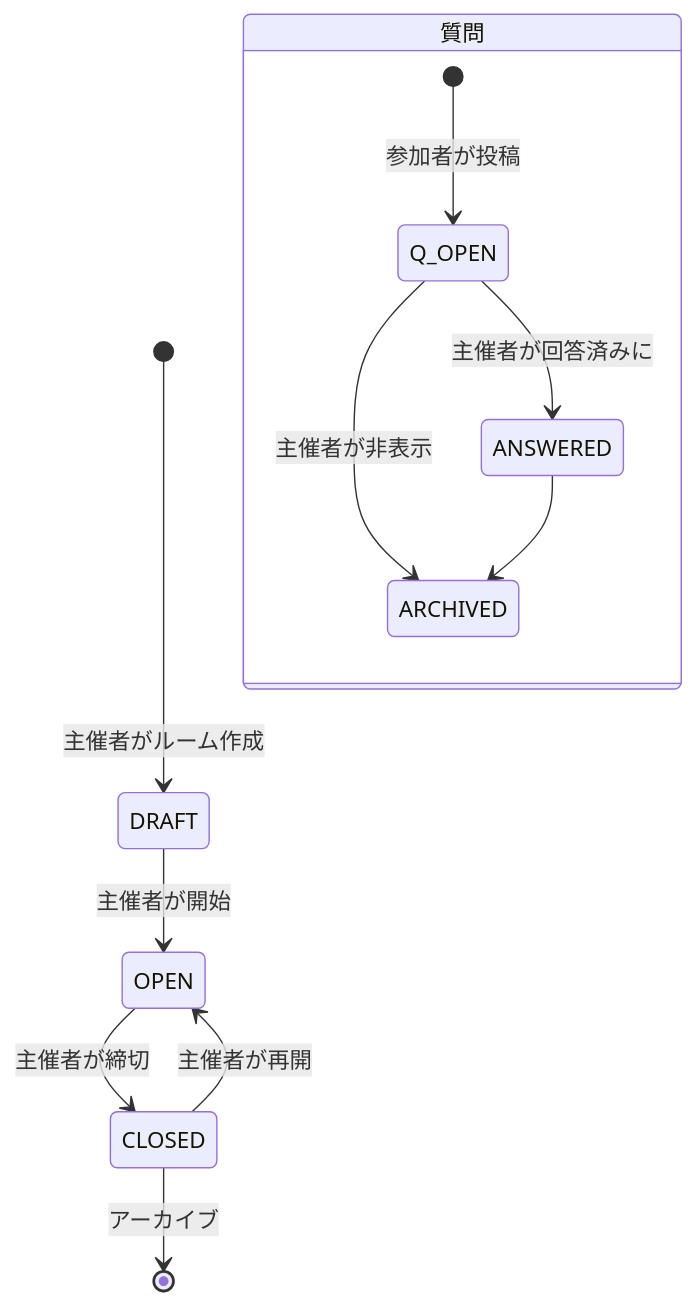
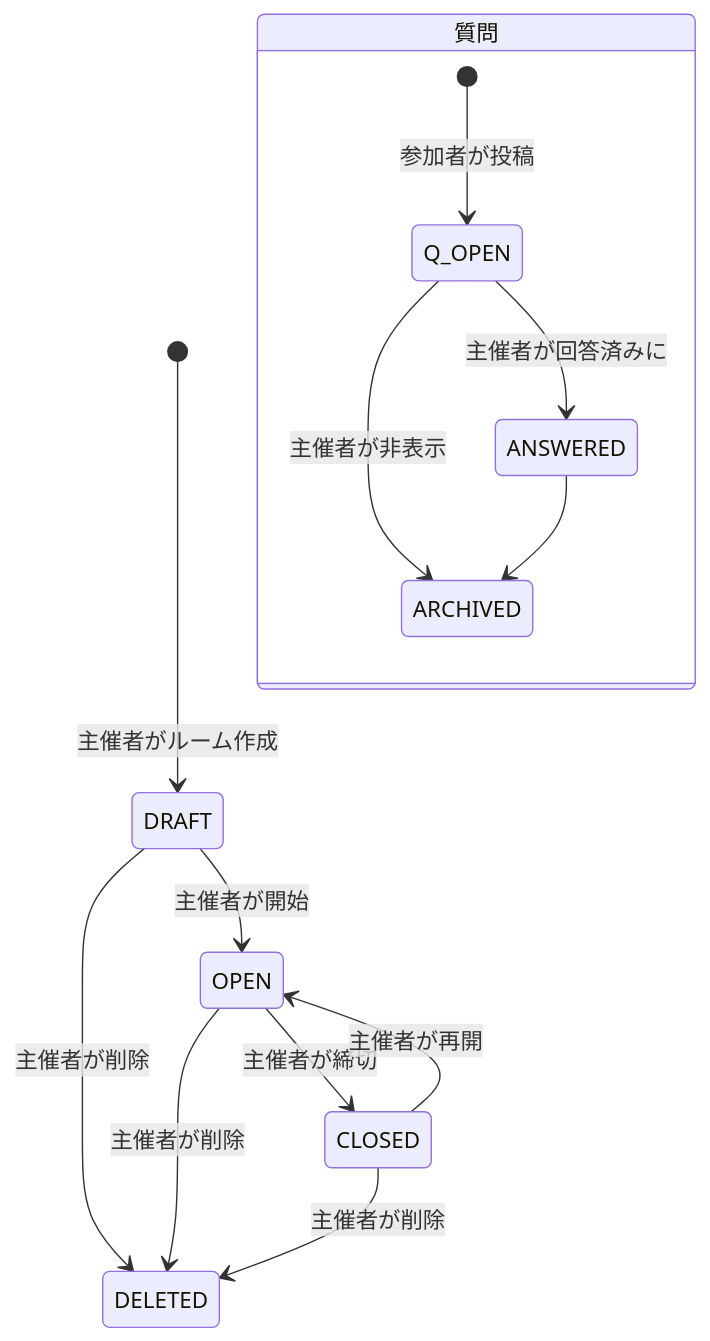
The diagram in docs/design/service-spec.md (muscat2356/LiveQA-app), drawn with Mermaid before and after one commit. The commit also changed other lines of this file and 12 other files, not shown here.

````diff
--- a/docs/design/service-spec.md
+++ b/docs/design/service-spec.md
@@ -38,15 +38,17 @@
 ```mermaid
 stateDiagram-v2
     [*] --> DRAFT: 主催者がルーム作成
     DRAFT --> OPEN: 主催者が開始
     OPEN --> CLOSED: 主催者が締切
     CLOSED --> OPEN: 主催者が再開
-    CLOSED --> [*]: アーカイブ
+    DRAFT --> DELETED: 主催者が削除
+    OPEN --> DELETED: 主催者が削除
+    CLOSED --> DELETED: 主催者が削除
 
     state 質問 {
         [*] --> Q_OPEN: 参加者が投稿
         Q_OPEN --> ANSWERED: 主催者が回答済みに
         Q_OPEN --> ARCHIVED: 主催者が非表示
         ANSWERED --> ARCHIVED
     }
 ```
````
